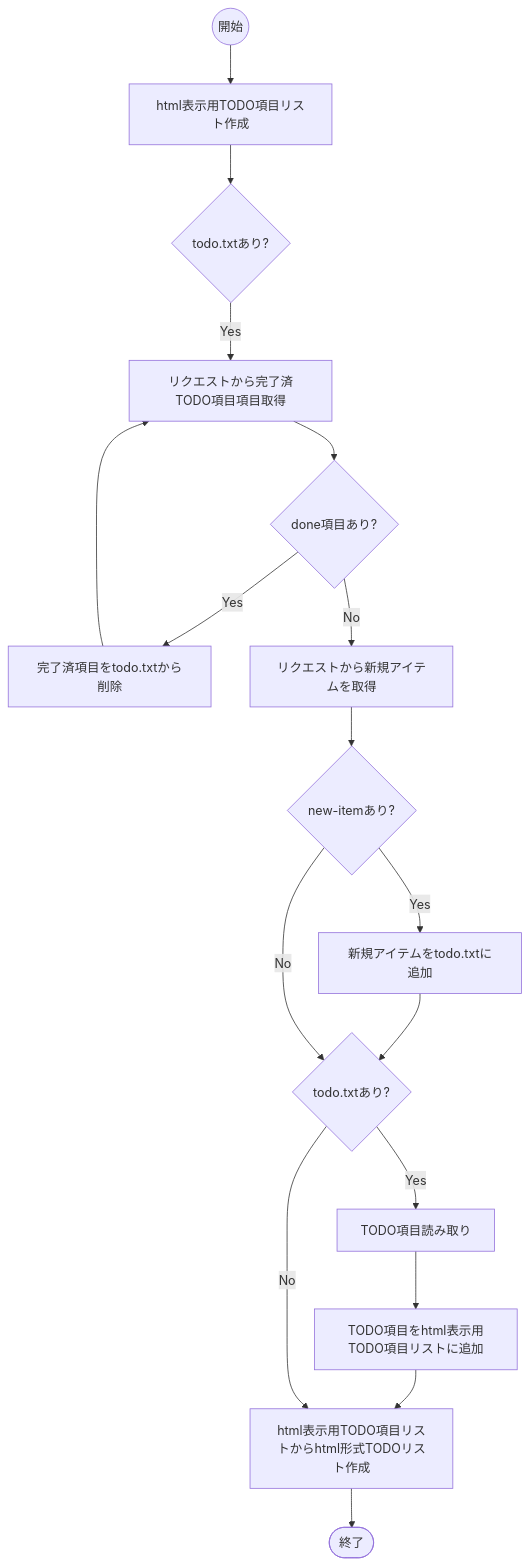
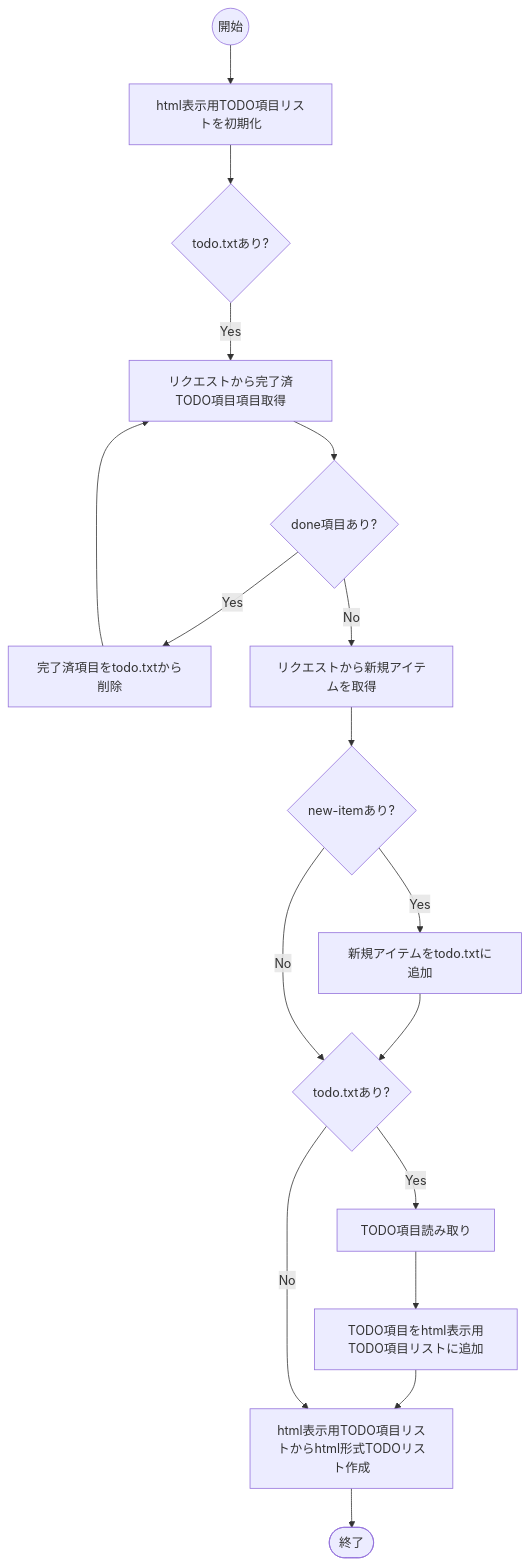
Before and after one commit to oc-soft/eg-http-python: the diagram in docroot/spec/todo-spec/post-todo-flow.mermaid, drawn with Mermaid. The commit also changed 6 other files, not shown here.

```diff
--- a/docroot/spec/todo-spec/post-todo-flow.mermaid
+++ b/docroot/spec/todo-spec/post-todo-flow.mermaid
@@ -1,34 +1,34 @@
 flowchart TD
 
   start000@{ shape: circle, label: "開始" }
   end000@{ shape: stadium, label: "終了" }
 
-  init010@{ shape: rect, label: "html表示用TODO項目リスト作成" }
+  init010@{ shape: rect, label: "html表示用TODO項目リストを初期化" }
 
   proc010@{ shape: rect, label: "リクエストから完了済TODO項目項目取得" }
   proc020@{ shape: rect, label: "完了済項目をtodo.txtから削除" }
   proc030@{ shape: rect, label: "リクエストから新規アイテムを取得" }
   proc040@{ shape: rect, label: "新規アイテムをtodo.txtに追加" }
 
   
   proc050@{shape: rect, label: "TODO項目読み取り"}
   proc060@{shape: rect, label: "TODO項目をhtml表示用TODO項目リストに追加"}
 
   proc100@{shape: rect, label: "html表示用TODO項目リストからhtml形式TODOリスト作成" }
  
   
   dec010@{ shape: diamond, label: "todo.txtあり?"}
   dec020@{ shape: diamond, label: "done項目あり?" }
   dec030@{ shape: diamond, label: "new-itemあり?" }
   dec040@{ shape: diamond, label: "todo.txtあり?"}
 
   start000 --> init010 --> dec010
   dec010 -- Yes --> proc010 --> dec020
 
   dec020 -- Yes --> proc020 --> proc010
   dec020 -- No --> proc030 --> dec030
   dec030 -- Yes --> proc040 --> dec040
   dec030 -- No --> dec040 
   dec040 -- Yes --> proc050 --> proc060 --> proc100
   dec040 -- No --> proc100
   proc100 --> end000 
```
